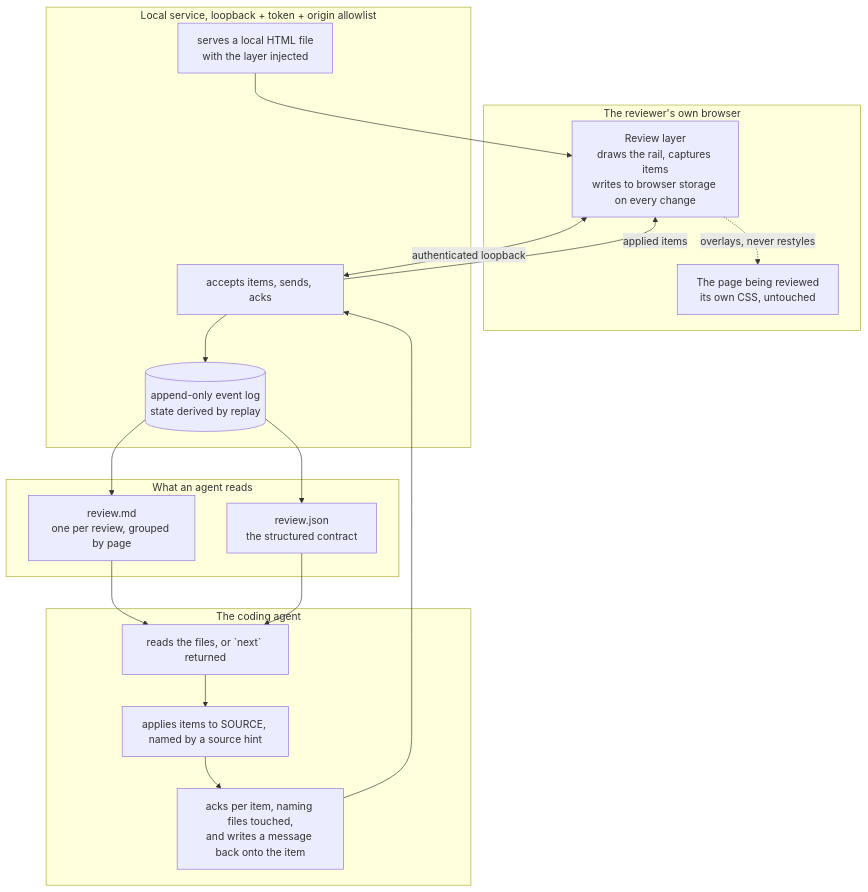
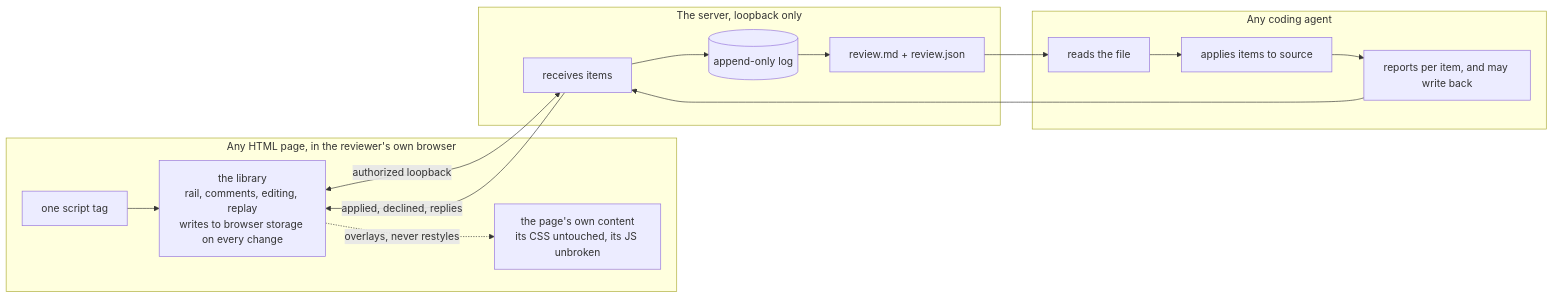
One commit to kenxle/live-agentic-html-editor changed the first of 4 diagrams in docs/features/20260812.01_live_agentic_html_editor/02_architecture_live_agentic_html_editor.md. Above: the diagram before and after it, drawn with Mermaid. The commit also changed other lines of this file and 37 other files, not shown here.

Commit message:
Re-cut all three docs: standalone library plus a small server, not a workflow tool

````diff
--- a/docs/features/20260812.01_live_agentic_html_editor/02_architecture_live_agentic_html_editor.md
+++ b/docs/features/20260812.01_live_agentic_html_editor/02_architecture_live_agentic_html_editor.md
@@ -29,33 +18,23 @@
 ```mermaid
-flowchart TB
-    subgraph Browser["The reviewer's own browser"]
-      Layer["Review layer<br/>draws the rail, captures items<br/>writes to browser storage on every change"]
-      Page["The page being reviewed<br/>its own CSS, untouched"]
-      Layer -.overlays, never restyles.-> Page
+flowchart LR
+    subgraph Page["Any HTML page, in the reviewer's own browser"]
+      Tag["one script tag"] --> Lib["the library<br/>rail, comments, editing, replay<br/>writes to browser storage on every change"]
+      Host["the page's own content<br/>its CSS untouched, its JS unbroken"]
+      Lib -.overlays, never restyles.-> Host
     end
 
-    subgraph Service["Local service, loopback + token + origin allowlist"]
-      Serve["serves a local HTML file<br/>with the layer injected"]
-      Ingest["accepts items, sends, acks"]
-      Log[("append-only event log<br/>state derived by replay")]
-      Ingest --> Log
+    subgraph Server["The server, loopback only"]
+      In["receives items"] --> Log[("append-only log")]
+      Log --> Files["review.md + review.json"]
     end
 
-    subgraph Disk["What an agent reads"]
-      MD["review.md<br/>one per review, grouped by page"]
-      JSON["review.json<br/>the structured contract"]
+    subgraph Agent["Any coding agent"]
+      Read["reads the file"] --> Apply["applies items to source"]
+      Apply --> Ack["reports per item, and may write back"]
     end
 
-    subgraph Agent["The coding agent"]
-      Read["reads the files, or `next` returned"]
-      Apply["applies items to SOURCE, named by a source hint"]
-      Ack["acks per item, naming files touched,<br/>and writes a message back onto the item"]
-    end
-
-    Layer <-->|authenticated loopback| Ingest
-    Serve --> Layer
-    Log --> MD & JSON
-    MD & JSON --> Read --> Apply --> Ack
-    Ack --> Ingest
-    Ingest -->|applied items| Layer
+    Lib <-->|authorized loopback| In
+    Files --> Read
+    Ack --> In
+    In -->|"applied, declined, replies"| Lib
 ```
````
